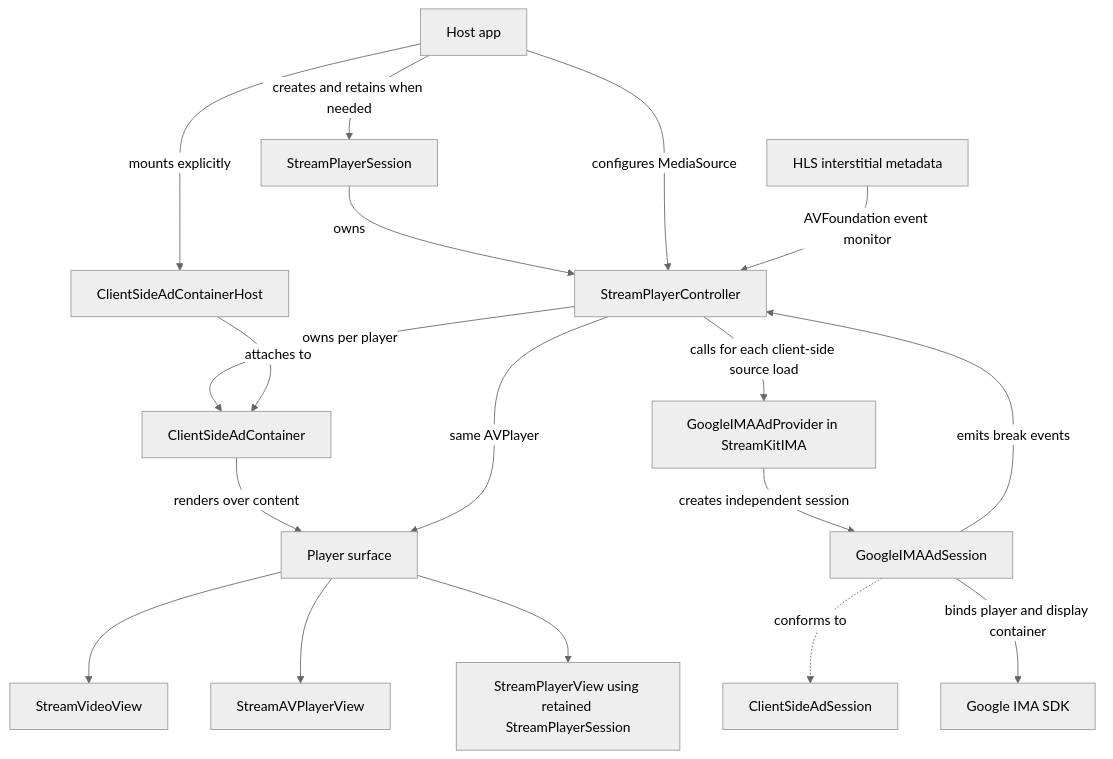
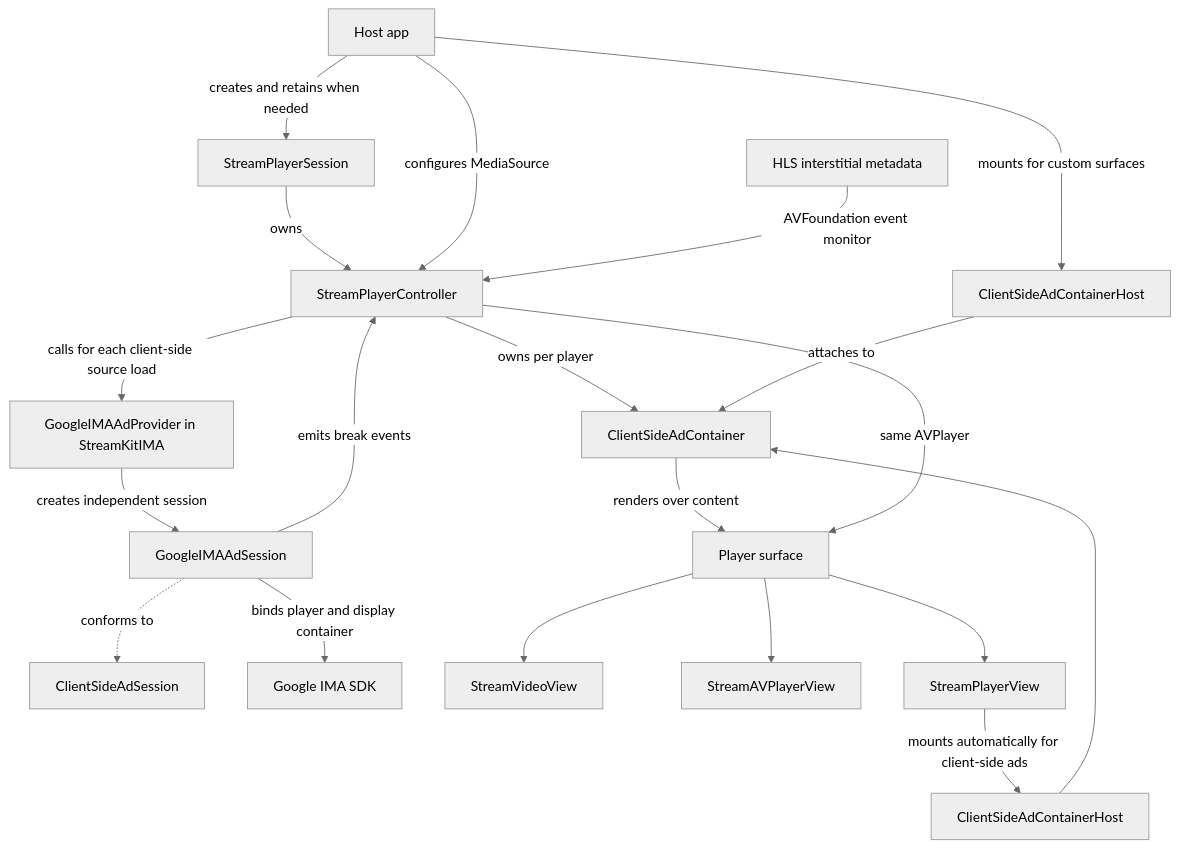
The third of 3 diagrams in Documentation/Architecture.md (issawi-iheb/StreamKit), drawn with Mermaid (neutral theme) before and after one commit. The commit also changed other lines of this file and 4 other files, not shown here.

Commit message:
Mount ad hosts in managed player views

````diff
--- a/Documentation/Architecture.md
+++ b/Documentation/Architecture.md
@@ -175,20 +175,22 @@
 ```mermaid
 flowchart TB
     HostApp[Host app] -->|creates and retains when needed| ManagedSession[StreamPlayerSession]
     ManagedSession -->|owns| Controller[StreamPlayerController]
     HostApp -->|configures MediaSource| Controller
-    HostApp -->|mounts explicitly| AdHost[ClientSideAdContainerHost]
+    HostApp -->|mounts for custom surfaces| AdHost[ClientSideAdContainerHost]
     Controller -->|owns per player| AdContainer[ClientSideAdContainer]
     AdHost -->|attaches to| AdContainer
     Controller -->|calls for each client-side source load| Provider[GoogleIMAAdProvider in StreamKitIMA]
     Provider -->|creates independent session| IMASession[GoogleIMAAdSession]
     IMASession -. conforms to .-> Contract[ClientSideAdSession]
     IMASession -->|emits break events| Controller
     IMASession -->|binds player and display container| IMASDK[Google IMA SDK]
     AdContainer -->|renders over content| Surface[Player surface]
     Controller -->|same AVPlayer| Surface
     Surface --> Video[StreamVideoView]
     Surface --> AVKit[StreamAVPlayerView]
-    Surface --> Managed[StreamPlayerView using retained StreamPlayerSession]
+    Surface --> Managed[StreamPlayerView]
+    Managed -->|mounts automatically for client-side ads| ManagedAdHost[ClientSideAdContainerHost]
+    ManagedAdHost --> AdContainer
     HLS[HLS interstitial metadata] -->|AVFoundation event monitor| Controller
 ```
````
